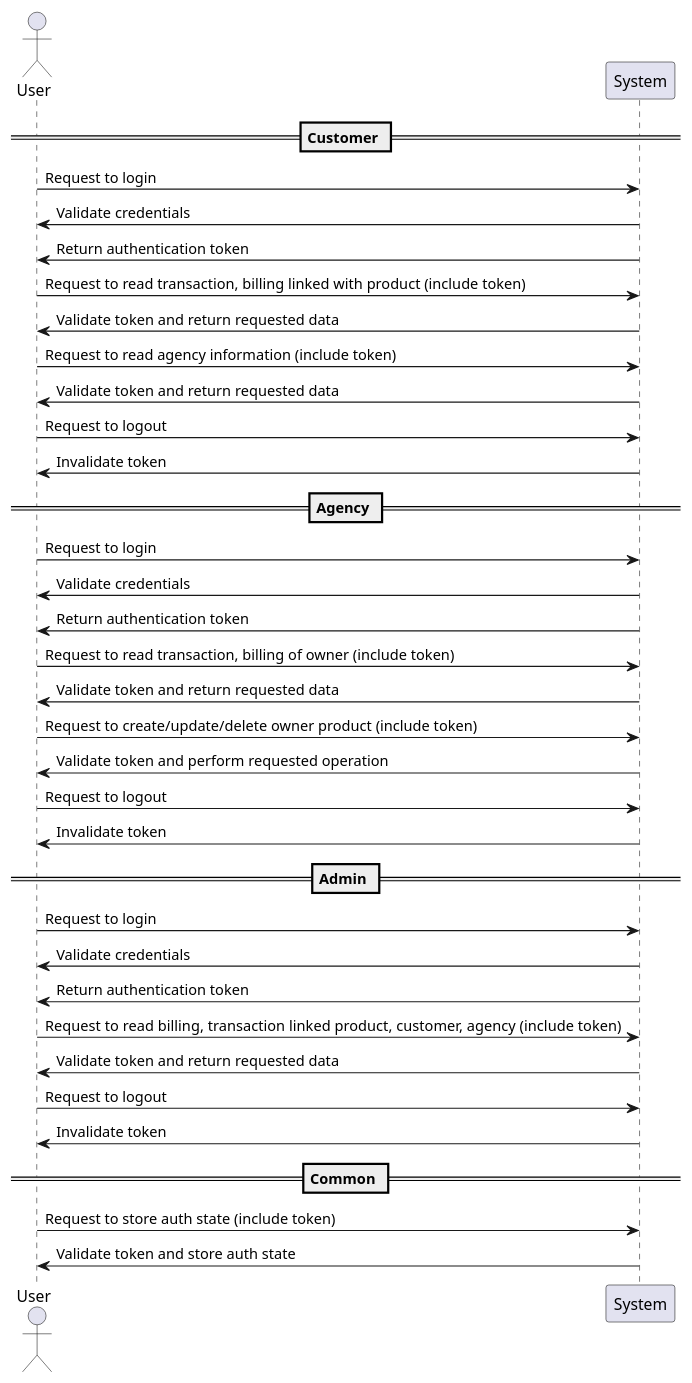
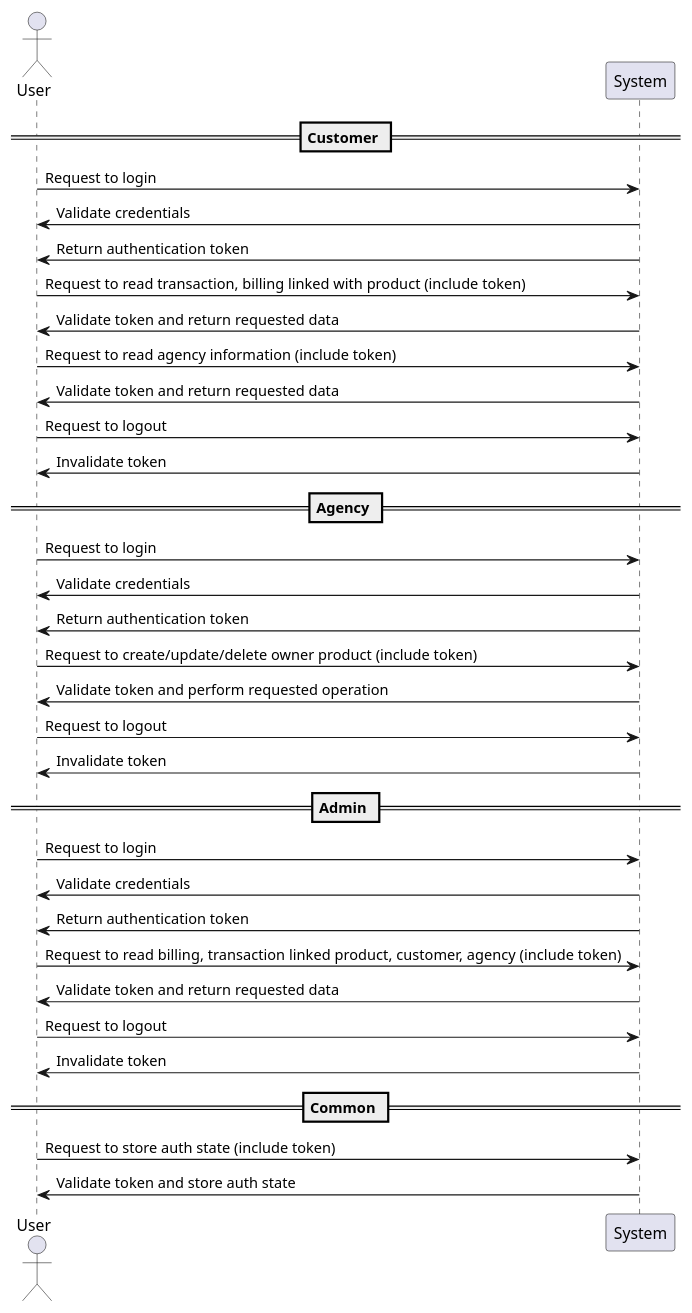
The diagram in shopping-app/docs/sequenceDiagram.plantuml (nguyenhungne/UDT-backend), drawn with PlantUML before and after one commit. The commit also changed 20 other files, not shown here.

```diff
--- a/shopping-app/docs/sequenceDiagram.plantuml
+++ b/shopping-app/docs/sequenceDiagram.plantuml
@@ -1,40 +1,38 @@
 @startuml
 actor User
 participant System
 
 == Customer ==
 User -> System: Request to login
 System -> User: Validate credentials
 System -> User: Return authentication token
 User -> System: Request to read transaction, billing linked with product (include token)
 System -> User: Validate token and return requested data
 User -> System: Request to read agency information (include token)
 System -> User: Validate token and return requested data
 User -> System: Request to logout
 System -> User: Invalidate token
 
 == Agency ==
 User -> System: Request to login
 System -> User: Validate credentials
 System -> User: Return authentication token
-User -> System: Request to read transaction, billing of owner (include token)
-System -> User: Validate token and return requested data
 User -> System: Request to create/update/delete owner product (include token)
 System -> User: Validate token and perform requested operation
 User -> System: Request to logout
 System -> User: Invalidate token
 
 == Admin ==
 User -> System: Request to login
 System -> User: Validate credentials
 System -> User: Return authentication token
 User -> System: Request to read billing, transaction linked product, customer, agency (include token)
 System -> User: Validate token and return requested data
 User -> System: Request to logout
 System -> User: Invalidate token
 
 == Common ==
 User -> System: Request to store auth state (include token)
 System -> User: Validate token and store auth state
 
 @enduml
```
